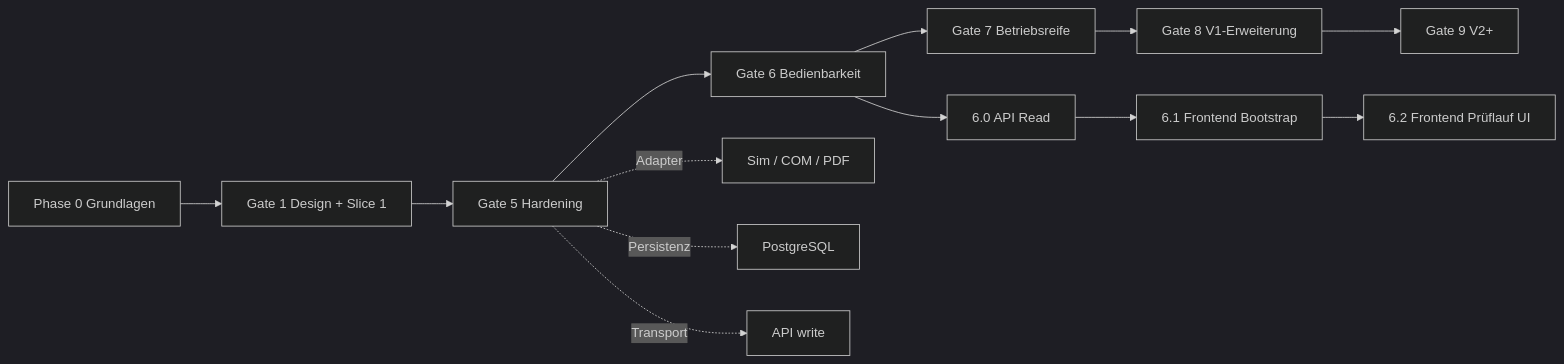
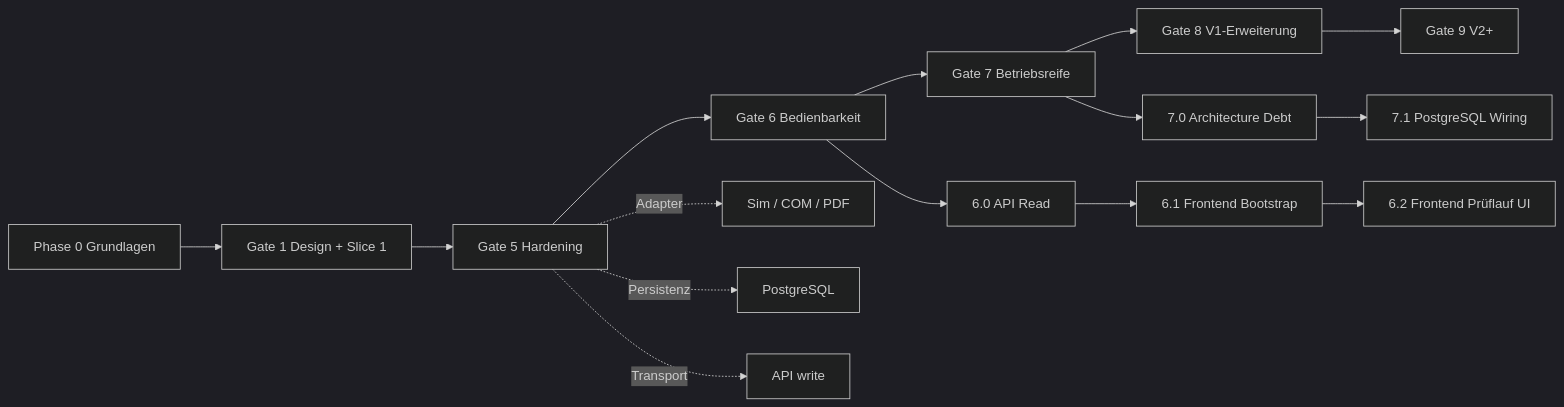
Before and after one commit to Rei1000/PWE: the diagram in docs/roadmap.md, drawn with Mermaid (dark theme). The commit also changed other lines of this file and 38 other files, not shown here.

First line of the commit message:
fix: Gate 7.0 Architecture Debt — PG-Parität, Transaktion, API, UI

````diff
--- a/docs/roadmap.md
+++ b/docs/roadmap.md
@@ -24,17 +24,20 @@
 ```mermaid
 flowchart LR
   P0[Phase 0 Grundlagen] --> G1[Gate 1 Design + Slice 1]
   G1 --> G5[Gate 5 Hardening]
   G5 --> G6[Gate 6 Bedienbarkeit]
   G6 --> G7[Gate 7 Betriebsreife]
   G7 --> G8[Gate 8 V1-Erweiterung]
   G8 --> G9[Gate 9 V2+]
 
   G6 --> G6a[6.0 API Read]
   G6a --> G6b[6.1 Frontend Bootstrap]
   G6b --> G6c[6.2 Frontend Prüflauf UI]
 
+  G7 --> G7d[7.0 Architecture Debt]
+  G7d --> G7a[7.1 PostgreSQL Wiring]
+
   G5 -.->|Adapter| G5a[Sim / COM / PDF]
   G5 -.->|Persistenz| G5b[PostgreSQL]
   G5 -.->|Transport| G5c[API write]
 ```
````
